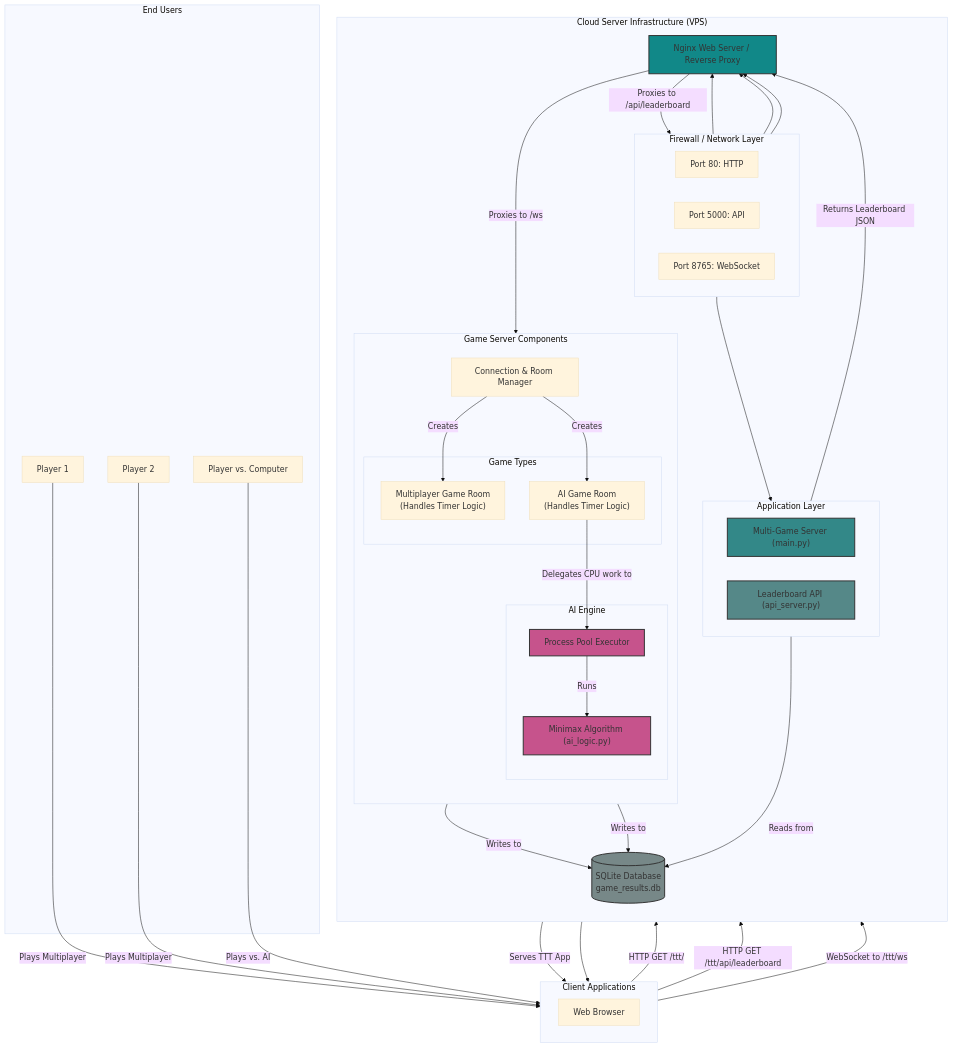
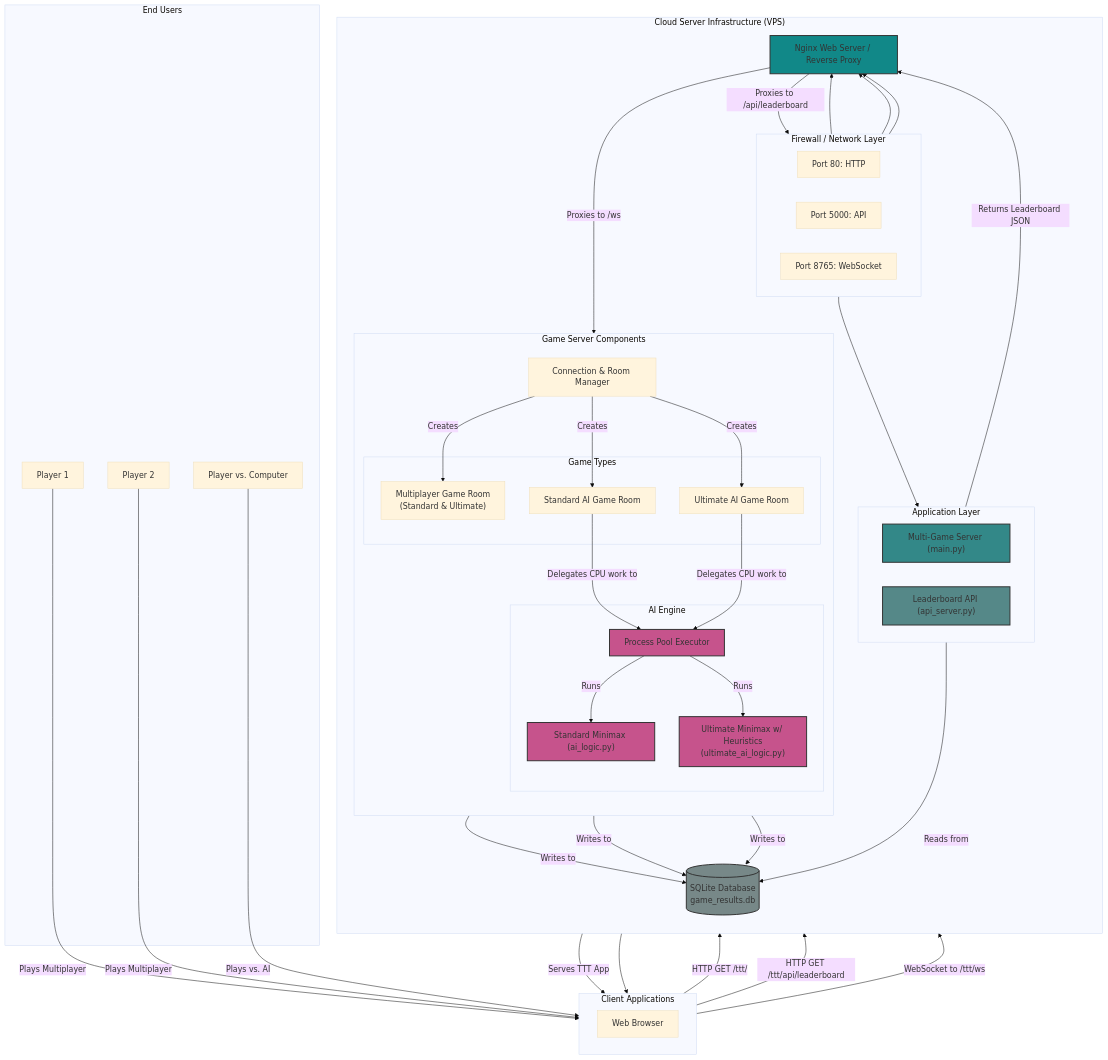
The diagram in docs/system_architecture.md (paragpachpute/multiplayer-tic-tac-to), drawn with Mermaid (base theme) before and after one commit. The commit also changed 1 other file, not shown here.

Commit message:
docs: Update architecture and AI design for Ultimate AI

````diff
--- a/docs/system_architecture.md
+++ b/docs/system_architecture.md
@@ -33,12 +33,14 @@
             direction TB
             RoomManager["Connection & Room Manager"]
             subgraph "Game Types"
-                GameRoom["Multiplayer Game Room<br>(Handles Timer Logic)"]
-                AIGameRoom["AI Game Room<br>(Handles Timer Logic)"]
+                GameRoom["Multiplayer Game Room<br>(Standard & Ultimate)"]
+                AIGameRoom["Standard AI Game Room"]
+                UltimateAIGameRoom["Ultimate AI Game Room"]
             end
             subgraph "AI Engine"
                 ProcessPool["Process Pool Executor"]
-                Minimax["Minimax Algorithm (ai_logic.py)"]
+                StandardMinimax["Standard Minimax (ai_logic.py)"]
+                UltimateMinimax["Ultimate Minimax w/ Heuristics<br>(ultimate_ai_logic.py)"]
             end
         end
 
@@ -63,12 +65,16 @@
     
     RoomManager -- "Creates" --> GameRoom
     RoomManager -- "Creates" --> AIGameRoom
+    RoomManager -- "Creates" --> UltimateAIGameRoom
     
     AIGameRoom -- "Delegates CPU work to" --> ProcessPool
-    ProcessPool -- "Runs" --> Minimax
+    UltimateAIGameRoom -- "Delegates CPU work to" --> ProcessPool
+    ProcessPool -- "Runs" --> StandardMinimax
+    ProcessPool -- "Runs" --> UltimateMinimax
     
     GameRoom -- "Writes to" --> Database
     AIGameRoom -- "Writes to" --> Database
+    UltimateAIGameRoom -- "Writes to" --> Database
 
     %% Styling
     style Nginx fill:#188,stroke:#333,stroke-width:2px
@@ -76,5 +82,6 @@
     style APIServer fill:#588,stroke:#333,stroke-width:2px
     style Database fill:#788,stroke:#333,stroke-width:2px
     style ProcessPool fill:#c6538c,stroke:#333,stroke-width:2px
-    style Minimax fill:#c6538c,stroke:#333,stroke-width:2px
+    style StandardMinimax fill:#c6538c,stroke:#333,stroke-width:2px
+    style UltimateMinimax fill:#c6538c,stroke:#333,stroke-width:2px
 ```
````
